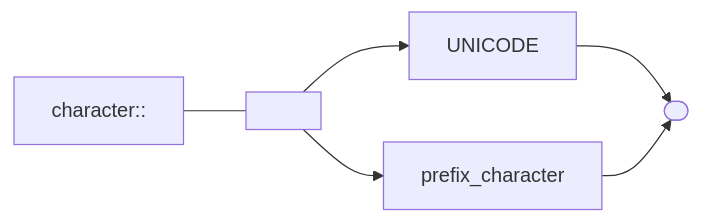
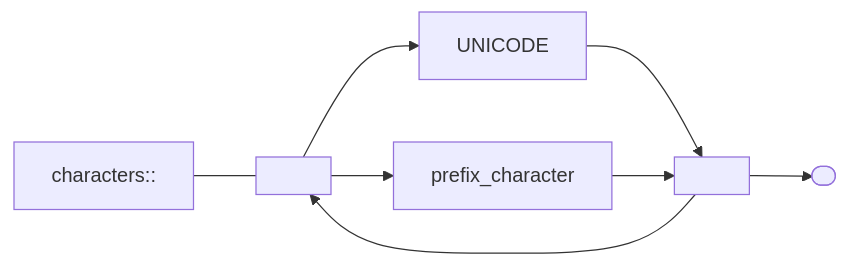
One commit to andrewfstratton/quandoscript changed diagram 15 of 16 in README.md. Above: the diagram before and after it, drawn with Mermaid. The commit also changed other lines of this file, not shown here.

````diff
--- a/README.md
+++ b/README.md
@@ -131,6 +112,7 @@
 ```mermaid
 graph LR
     stop([ ])
-    character::---l[ ]--> UNICODE--> stop
-    l-->prefix_character --> stop
+    characters::---l[ ]--> UNICODE-->r[ ]--> stop
+    l-->prefix_character -->r
+    r-->l
 ```
````
